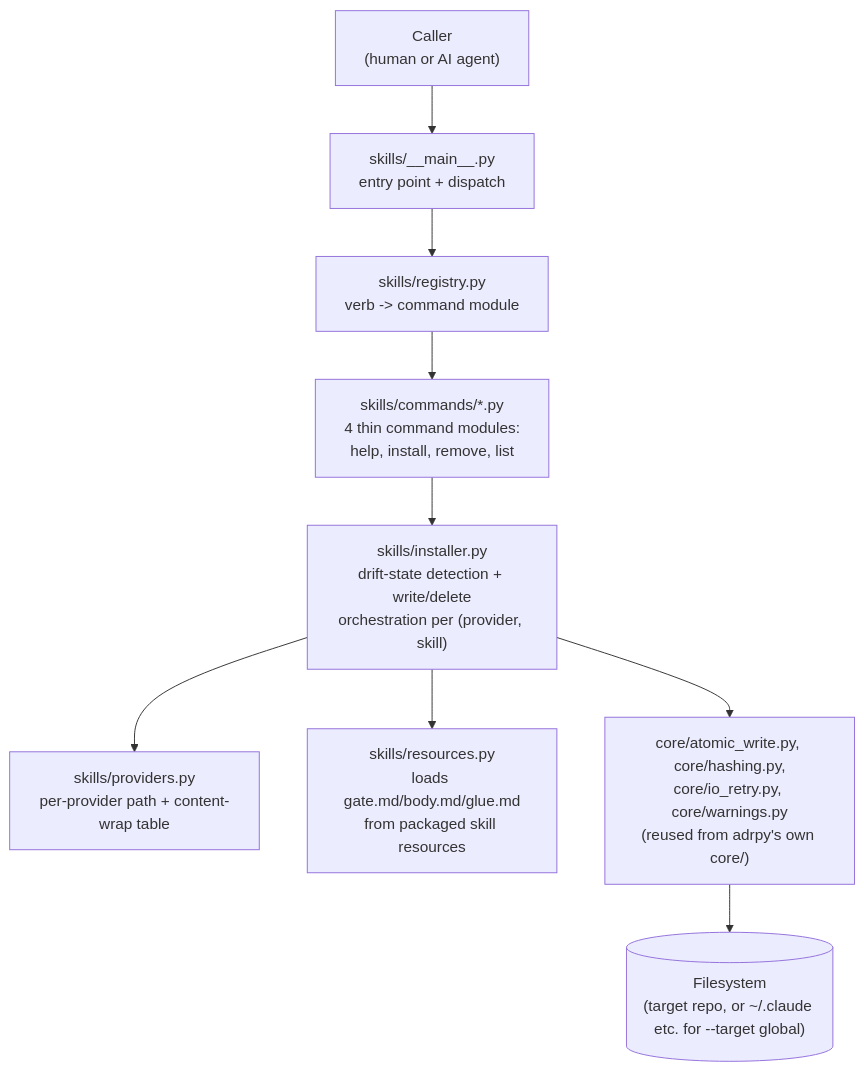
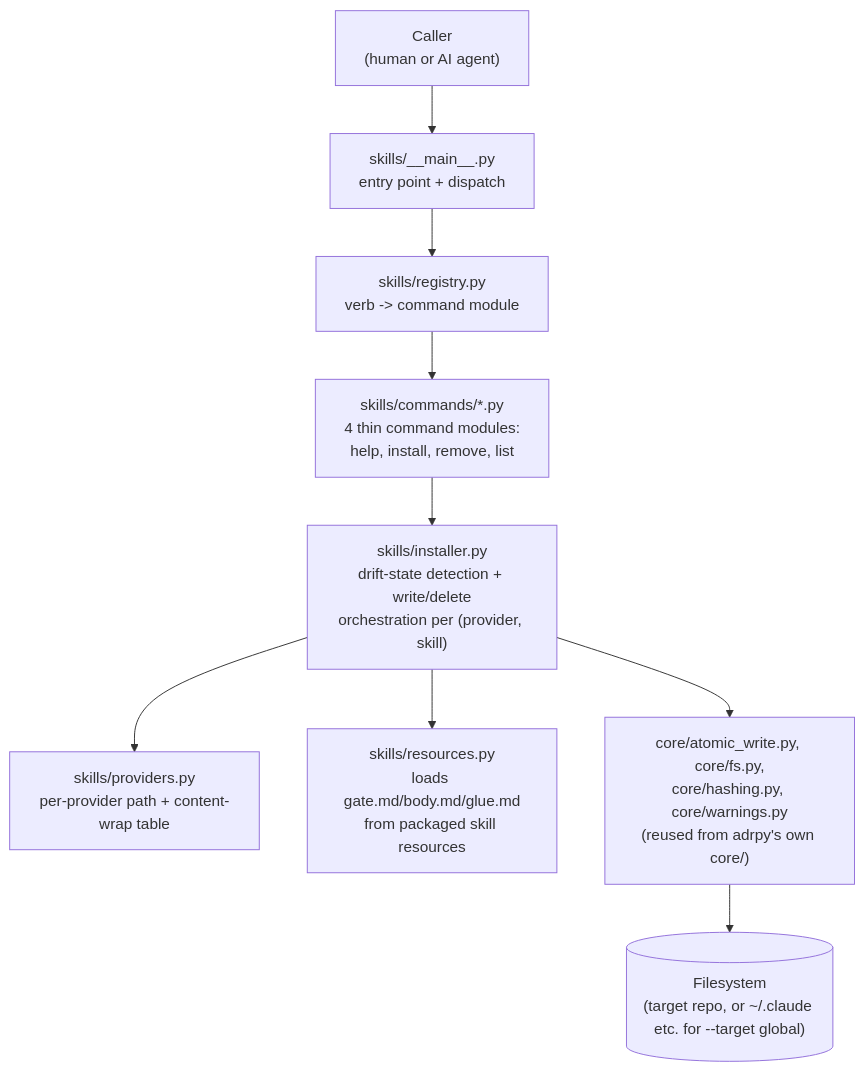
The fifth of 6 diagrams in doc/architecture.md (FRACerqueira/adrpy-ai), drawn with Mermaid before and after one commit. The commit also changed other lines of this file and 65 other files, not shown here.

````diff
--- a/doc/architecture.md
+++ b/doc/architecture.md
@@ -252,13 +271,13 @@
 ```mermaid
 graph TD
     CALLER2["Caller<br/>(human or AI agent)"] --> MAIN2
     MAIN2["skills/__main__.py<br/>entry point + dispatch"] --> REG2
     REG2["skills/registry.py<br/>verb -> command module"] --> CMD2
     CMD2["skills/commands/*.py<br/>4 thin command modules:<br/>help, install, remove, list"] --> INSTALLER
     INSTALLER["skills/installer.py<br/>drift-state detection + write/delete<br/>orchestration per (provider, skill)"] --> PROVIDERS
     INSTALLER --> RESOURCES
     PROVIDERS["skills/providers.py<br/>per-provider path + content-wrap table"]
     RESOURCES["skills/resources.py<br/>loads gate.md/body.md/glue.md<br/>from packaged skill resources"]
     INSTALLER --> CORESHARED
-    CORESHARED["core/atomic_write.py, core/hashing.py,<br/>core/io_retry.py, core/warnings.py<br/>(reused from adrpy's own core/)"] --> FS2[("Filesystem<br/>(target repo, or ~/.claude etc. for --target global)")]
+    CORESHARED["core/atomic_write.py, core/fs.py,<br/>core/hashing.py, core/warnings.py<br/>(reused from adrpy's own core/)"] --> FS2[("Filesystem<br/>(target repo, or ~/.claude etc. for --target global)")]
 ```
````
